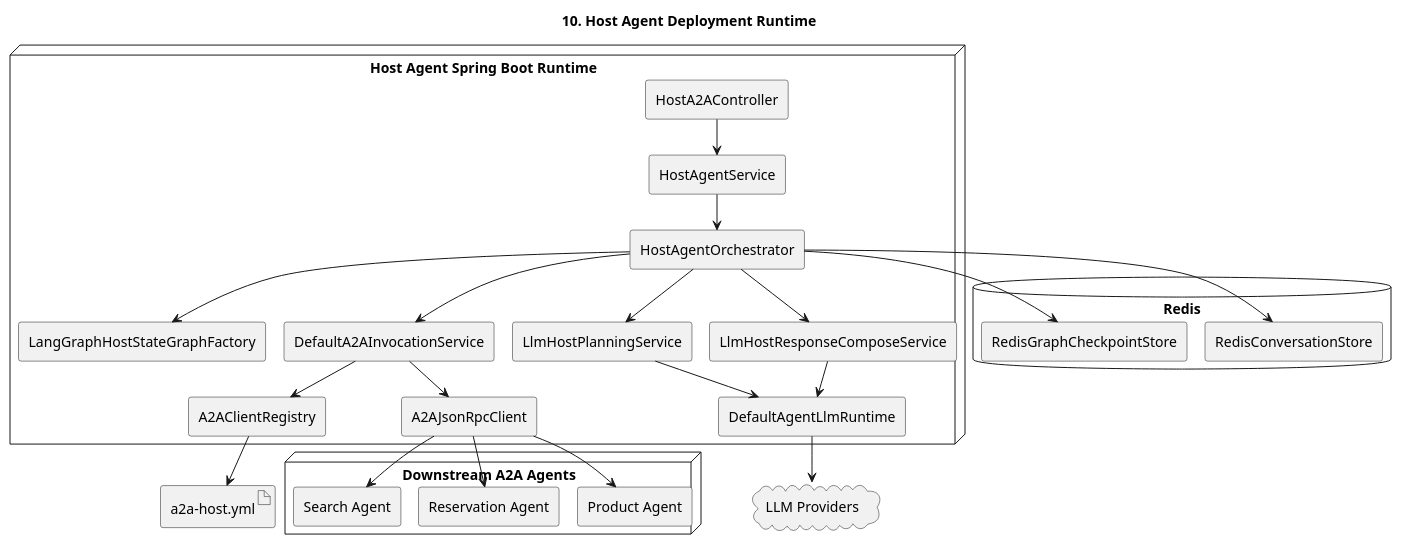
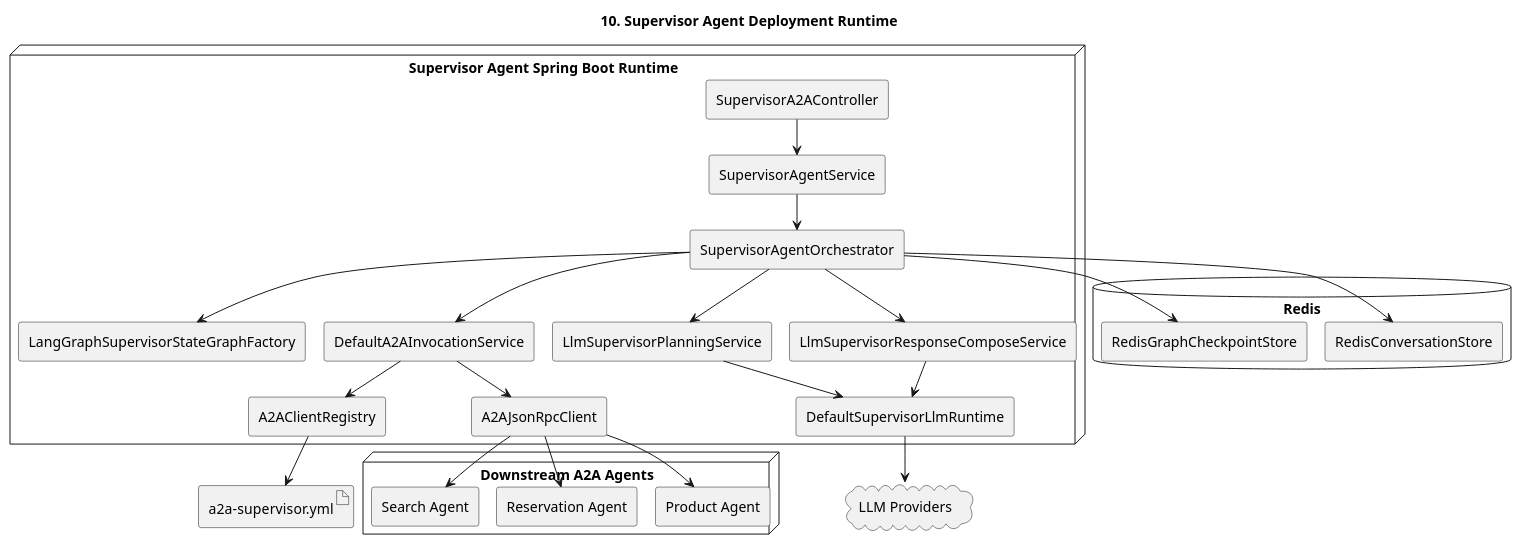
One commit to kim57uak/spring-ai changed the diagram in documents/a2a-host_agent-architecture/10-deployment-runtime.puml. Above: the diagram before and after it, drawn with PlantUML. The commit also changed 131 other files, not shown here.

Commit message:
feat: add supervisor A2A orchestration and architecture updates

```diff
--- a/documents/a2a-host_agent-architecture/10-deployment-runtime.puml
+++ b/documents/a2a-host_agent-architecture/10-deployment-runtime.puml
@@ -1,54 +1,54 @@
 @startuml
 !pragma layout smetana
-title 10. Host Agent Deployment Runtime
+title 10. Supervisor Agent Deployment Runtime
 
 skinparam shadowing false
 skinparam componentStyle rectangle
 
-node "Host Agent Spring Boot Runtime" {
-  [HostA2AController] as HostA2AController
-  [HostAgentService] as HostService
-  [HostAgentOrchestrator] as HostOrchestrator
-  [LangGraphHostStateGraphFactory] as GraphFactory
-  [LlmHostPlanningService] as Planner
+node "Supervisor Agent Spring Boot Runtime" {
+  [SupervisorA2AController] as SupervisorA2AController
+  [SupervisorAgentService] as SupervisorService
+  [SupervisorAgentOrchestrator] as SupervisorOrchestrator
+  [LangGraphSupervisorStateGraphFactory] as GraphFactory
+  [LlmSupervisorPlanningService] as Planner
   [DefaultA2AInvocationService] as Invoker
-  [LlmHostResponseComposeService] as Composer
+  [LlmSupervisorResponseComposeService] as Composer
   [A2AClientRegistry] as Registry
   [A2AJsonRpcClient] as A2AClient
-  [DefaultAgentLlmRuntime] as LlmRuntime
+  [DefaultSupervisorLlmRuntime] as LlmRuntime
 }
 
 database "Redis" as Redis {
   [RedisConversationStore] as ConversationStore
   [RedisGraphCheckpointStore] as CheckpointStore
 }
 
 cloud "LLM Providers" as LlmProviders
 
 node "Downstream A2A Agents" {
   [Product Agent] as ProductAgent
   [Reservation Agent] as ReservationAgent
   [Search Agent] as SearchAgent
 }
 
-artifact "a2a-host.yml" as HostConfig
+artifact "a2a-supervisor.yml" as SupervisorConfig
 
-HostA2AController --> HostService
-HostService --> HostOrchestrator
-HostOrchestrator --> GraphFactory
-HostOrchestrator --> Planner
-HostOrchestrator --> Invoker
-HostOrchestrator --> Composer
-HostOrchestrator --> ConversationStore
-HostOrchestrator --> CheckpointStore
+SupervisorA2AController --> SupervisorService
+SupervisorService --> SupervisorOrchestrator
+SupervisorOrchestrator --> GraphFactory
+SupervisorOrchestrator --> Planner
+SupervisorOrchestrator --> Invoker
+SupervisorOrchestrator --> Composer
+SupervisorOrchestrator --> ConversationStore
+SupervisorOrchestrator --> CheckpointStore
 Planner --> LlmRuntime
 Composer --> LlmRuntime
 LlmRuntime --> LlmProviders
 Invoker --> Registry
-Registry --> HostConfig
+Registry --> SupervisorConfig
 Invoker --> A2AClient
 A2AClient --> ProductAgent
 A2AClient --> ReservationAgent
 A2AClient --> SearchAgent
 
 @enduml
```
